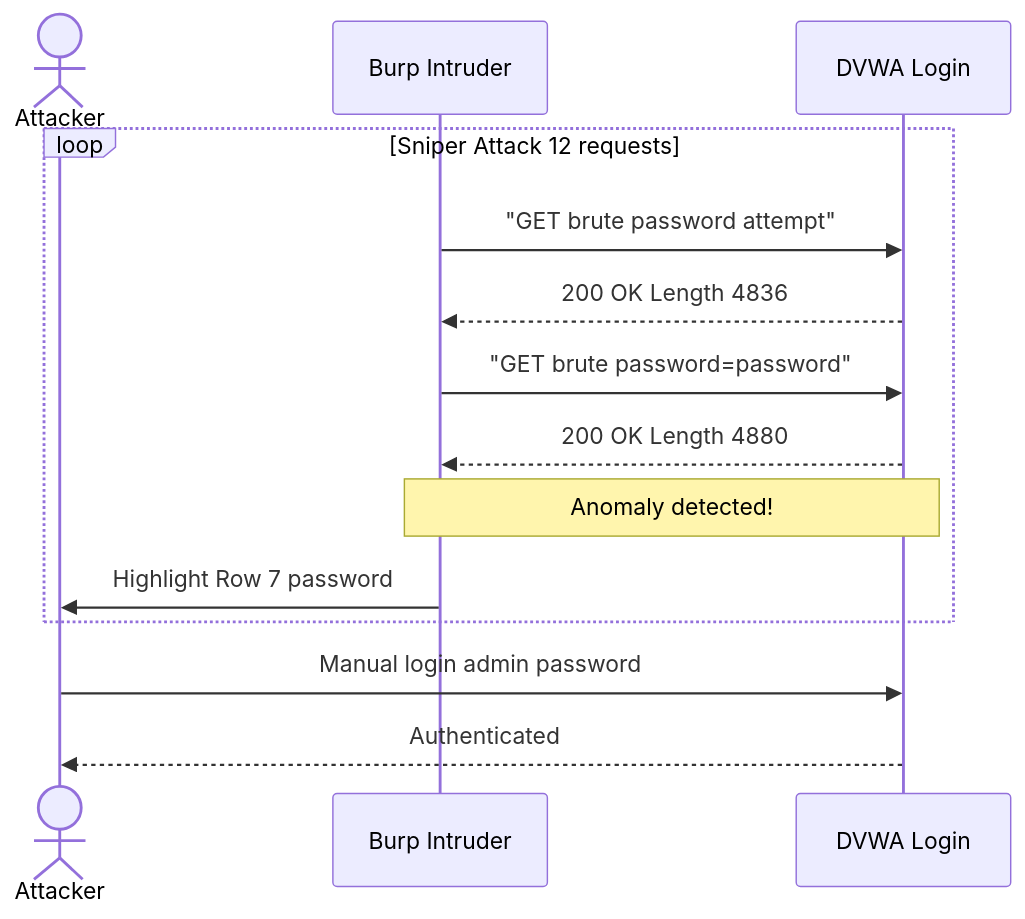
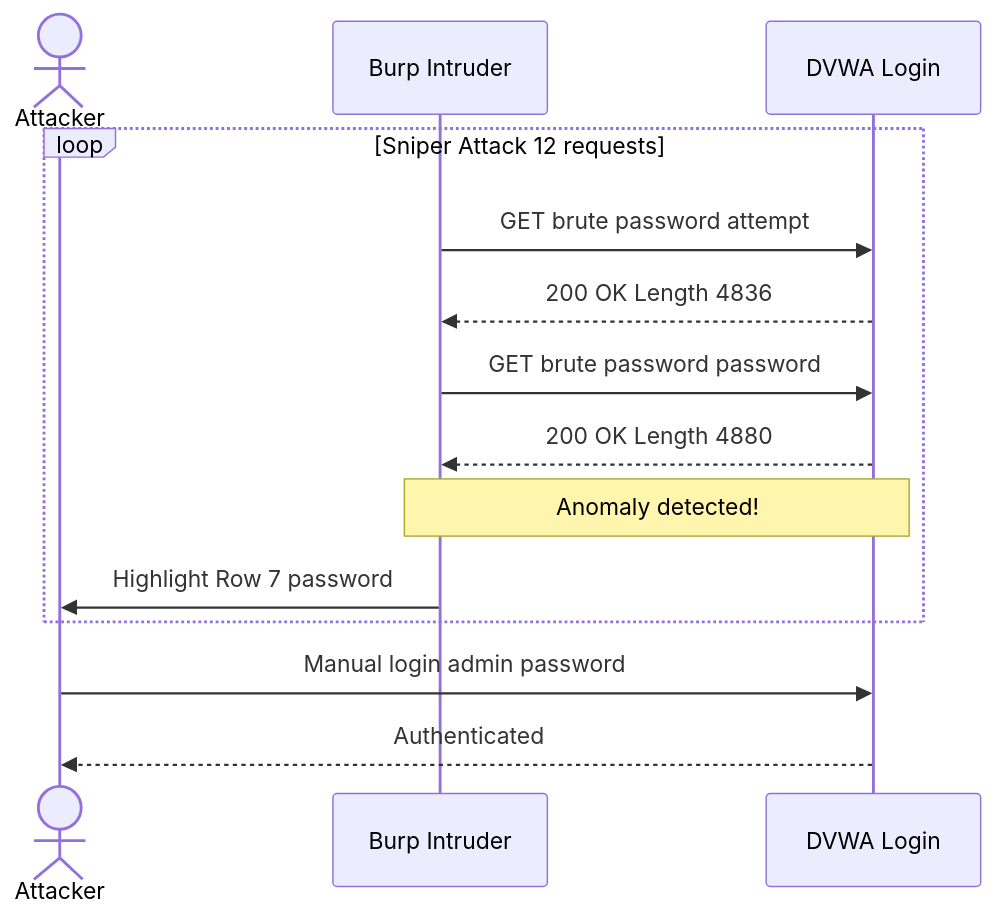
The second of 2 diagrams in docs/brute-force.md (InsiyahBhatia/dvwa-web-attack-lab), drawn with Mermaid before and after one commit. The commit also changed 4 other files, not shown here.

Commit message:
Remove remaining double quotes from sequence diagram messages

````diff
--- a/docs/brute-force.md
+++ b/docs/brute-force.md
@@ -146,20 +146,20 @@
 ```mermaid
 sequenceDiagram
     actor Attacker
     participant Burp as Burp Intruder
     participant DVWA as DVWA Login
     
     loop Sniper Attack 12 requests
-        Burp->>DVWA: "GET brute password attempt"
+        Burp->>DVWA: GET brute password attempt
         DVWA-->>Burp: 200 OK Length 4836
         
-        Burp->>DVWA: "GET brute password=password"
+        Burp->>DVWA: GET brute password password
         DVWA-->>Burp: 200 OK Length 4880
         note over DVWA,Burp: Anomaly detected!
         
         Burp->>Attacker: Highlight Row 7 password
     end
     
     Attacker->>DVWA: Manual login admin password
     DVWA-->>Attacker: Authenticated
 ```
````
